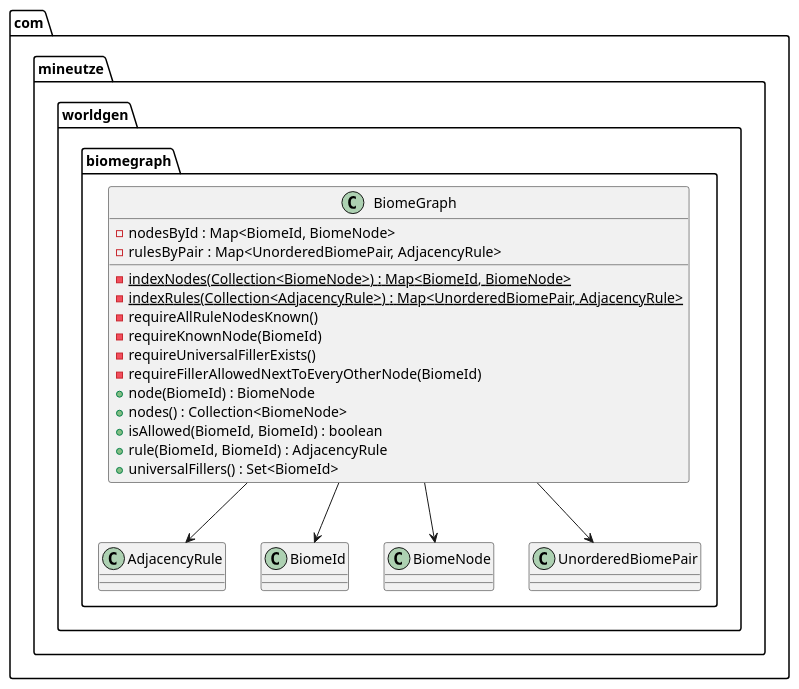
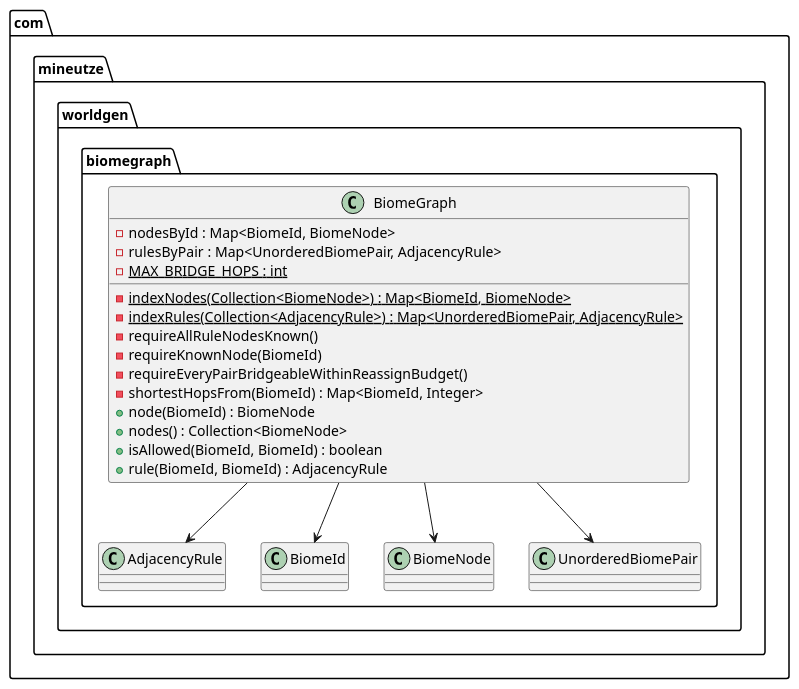
Before and after one commit to Boulede987/Mine-Utz: the diagram in companion-mods/mineutze-worldgen/doc/Modelisation/Fragments-Full/com/mineutze/worldgen/biomegraph/BiomeGraph.puml, drawn with PlantUML. The commit also changed 265 other files, not shown here.

```diff
--- a/companion-mods/mineutze-worldgen/doc/Modelisation/Fragments-Full/com/mineutze/worldgen/biomegraph/BiomeGraph.puml
+++ b/companion-mods/mineutze-worldgen/doc/Modelisation/Fragments-Full/com/mineutze/worldgen/biomegraph/BiomeGraph.puml
@@ -1,22 +1,22 @@
 namespace com.mineutze.worldgen.biomegraph {
 class BiomeGraph {
   - nodesById : Map<BiomeId, BiomeNode>
   - rulesByPair : Map<UnorderedBiomePair, AdjacencyRule>
+  - {static} MAX_BRIDGE_HOPS : int
   - {static} indexNodes(Collection<BiomeNode>) : Map<BiomeId, BiomeNode>
   - {static} indexRules(Collection<AdjacencyRule>) : Map<UnorderedBiomePair, AdjacencyRule>
   - requireAllRuleNodesKnown()
   - requireKnownNode(BiomeId)
-  - requireUniversalFillerExists()
-  - requireFillerAllowedNextToEveryOtherNode(BiomeId)
+  - requireEveryPairBridgeableWithinReassignBudget()
+  - shortestHopsFrom(BiomeId) : Map<BiomeId, Integer>
   + node(BiomeId) : BiomeNode
   + nodes() : Collection<BiomeNode>
   + isAllowed(BiomeId, BiomeId) : boolean
   + rule(BiomeId, BiomeId) : AdjacencyRule
-  + universalFillers() : Set<BiomeId>
 }
 
 BiomeGraph --> AdjacencyRule
 BiomeGraph --> BiomeId
 BiomeGraph --> BiomeNode
 BiomeGraph --> UnorderedBiomePair
 }
```
